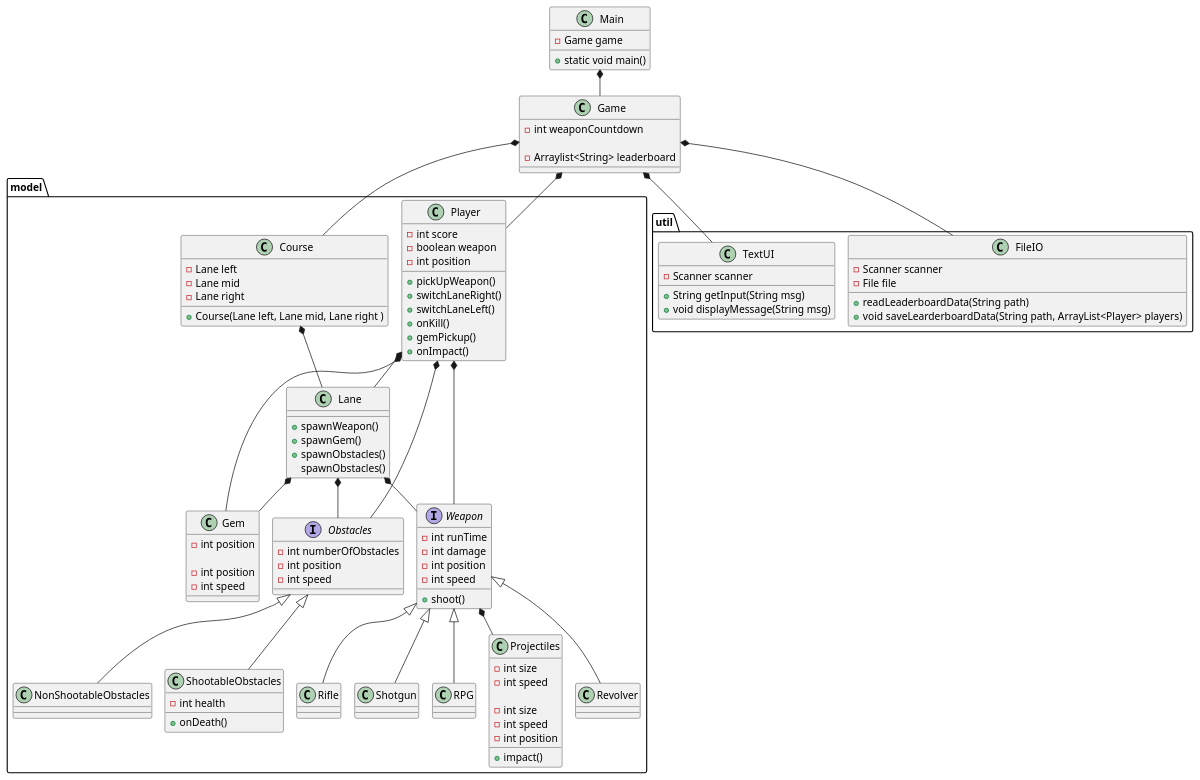
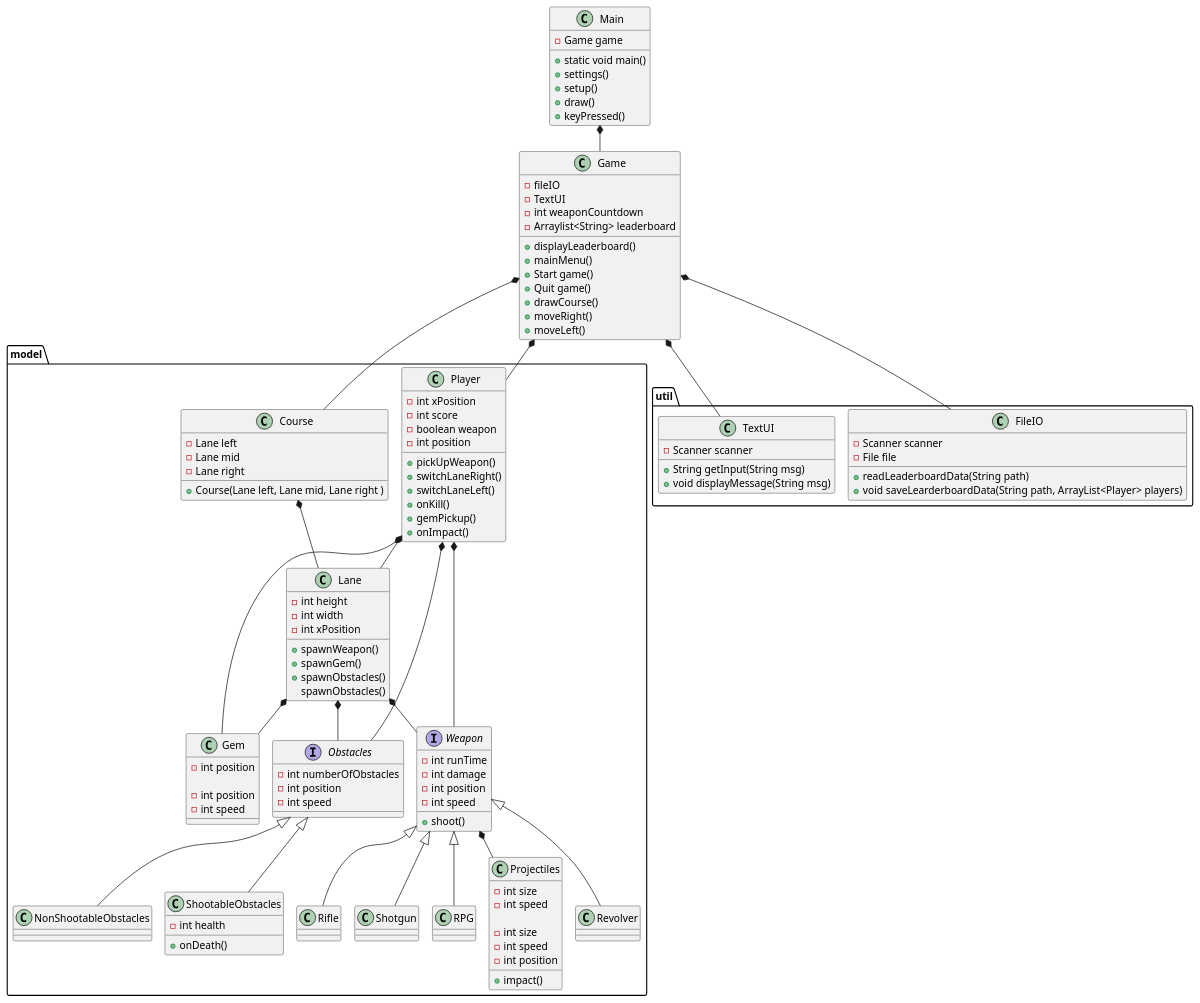
Before and after one commit to mbm1337/SP4_ICE: the diagram in docs/ClassDiagram.puml, drawn with PlantUML. The commit also changed 5 other files, not shown here.

```diff
--- a/docs/ClassDiagram.puml
+++ b/docs/ClassDiagram.puml
@@ -1,133 +1,150 @@
 @startuml
 'https://plantuml.com/class-diagram
 
 
 !pragma layout smetana
 
 class Main{
 - Game game
 + static void main()
-
++settings()
++setup()
++ draw()
++ keyPressed()
 }
 
 class Game{
+- fileIO
+- TextUI
 - int weaponCountdown
+-Arraylist<String> leaderboard
 
--Arraylist<String> leaderboard
++displayLeaderboard()
++ mainMenu()
++ Start game()
++ Quit game()
++ drawCourse()
++ moveRight()
++ moveLeft()
 }
 
 
 package "model"{
 class Player{
+- int xPosition
 - int score
 - boolean weapon
 - int position
 
 + pickUpWeapon()
 + switchLaneRight()
 + switchLaneLeft()
 + onKill()
 + gemPickup()
 + onImpact()
 }
 class Lane{
+- int height
+- int width
+- int xPosition
+
 
 +spawnWeapon()
 +spawnGem()
 +spawnObstacles()
 spawnObstacles()
 
 }
 
 class Course{
 - Lane left
 - Lane mid
 - Lane right
 
 + Course(Lane left, Lane mid, Lane right )
 }
 
 interface Obstacles{
 - int numberOfObstacles
 - int position
 - int speed
 }
 
 class ShootableObstacles{
 - int health
 + onDeath()
 }
 class NonShootableObstacles
 
 interface Weapon{
 - int runTime
 - int damage
 - int position
 - int speed
 
 
 + shoot()
 }
 class Revolver
 class Rifle
 class Shotgun
 class RPG
 
 class Projectiles{
 
 -int size
 -int speed
 
 - int size
 - int speed
 - int position
 
 +impact()
 }
 class Gem{
 
 -int position
 
 - int position
 - int speed
 }
 
 
 }
 package "util" {
 class FileIO{
 - Scanner scanner
 - File file
 + readLeaderboardData(String path)
 + void saveLearderboardData(String path, ArrayList<Player> players)
 }
 class TextUI{
 + String getInput(String msg)
 - Scanner scanner
 + void displayMessage(String msg)
 }
 }
 
 Main*--Game
 Game*--Player
 Game*--Course
 Game*--FileIO
 Game*-- TextUI
 Course *-- Lane
 Obstacles<|-- ShootableObstacles
 Player*-- Obstacles
 Lane *--Obstacles
 Obstacles<|-- NonShootableObstacles
 Player *-- Weapon
 Player*-- Lane
 Lane *-- Weapon
 Weapon *-- Projectiles
 Weapon<|-- Revolver
 Weapon<|-- Rifle
 Weapon<|-- Shotgun
 Weapon<|-- RPG
 Lane *--Gem
 Player*-- Gem
 
 
 @enduml
```
